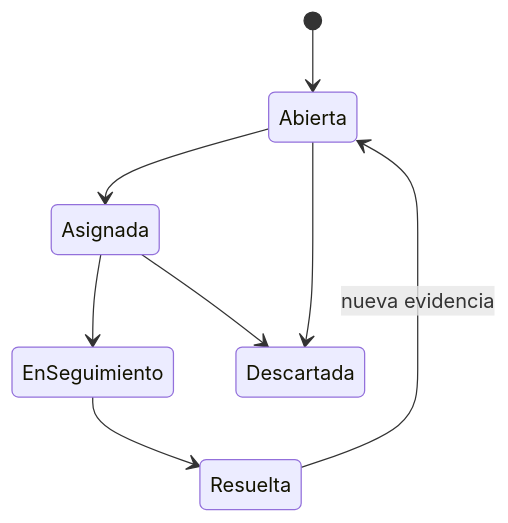
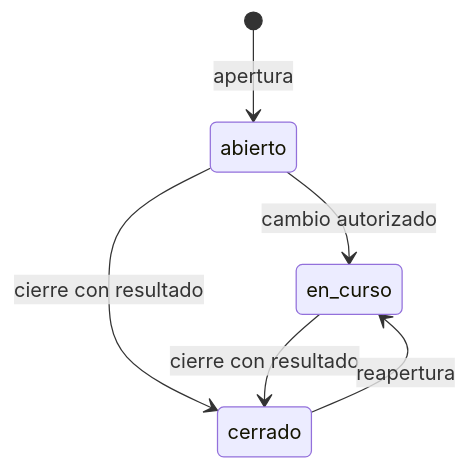
One commit to joellopez775/SIGAA-Capstone-2026 changed the fourth of 6 diagrams in Fase 2/Evidencias Proyecto/SIGAA/docs/design/03-uml-casos-de-uso.md. Above: the diagram before and after it, drawn with Mermaid. The commit also changed other lines of this file and 43 other files, not shown here.

Commit message:
Completa avisos y portal estudiante; verifica Docker y actualiza UML

````diff
--- a/Fase 2/Evidencias Proyecto/SIGAA/docs/design/03-uml-casos-de-uso.md
+++ b/Fase 2/Evidencias Proyecto/SIGAA/docs/design/03-uml-casos-de-uso.md
@@ -87,10 +87,8 @@
 ```mermaid
 stateDiagram-v2
-    [*] --> Abierta
-    Abierta --> Asignada
-    Asignada --> EnSeguimiento
-    EnSeguimiento --> Resuelta
-    Abierta --> Descartada
-    Asignada --> Descartada
-    Resuelta --> Abierta: nueva evidencia
+    [*] --> abierto: apertura
+    abierto --> en_curso: cambio autorizado
+    abierto --> cerrado: cierre con resultado
+    en_curso --> cerrado: cierre con resultado
+    cerrado --> en_curso: reapertura
 ```
````
